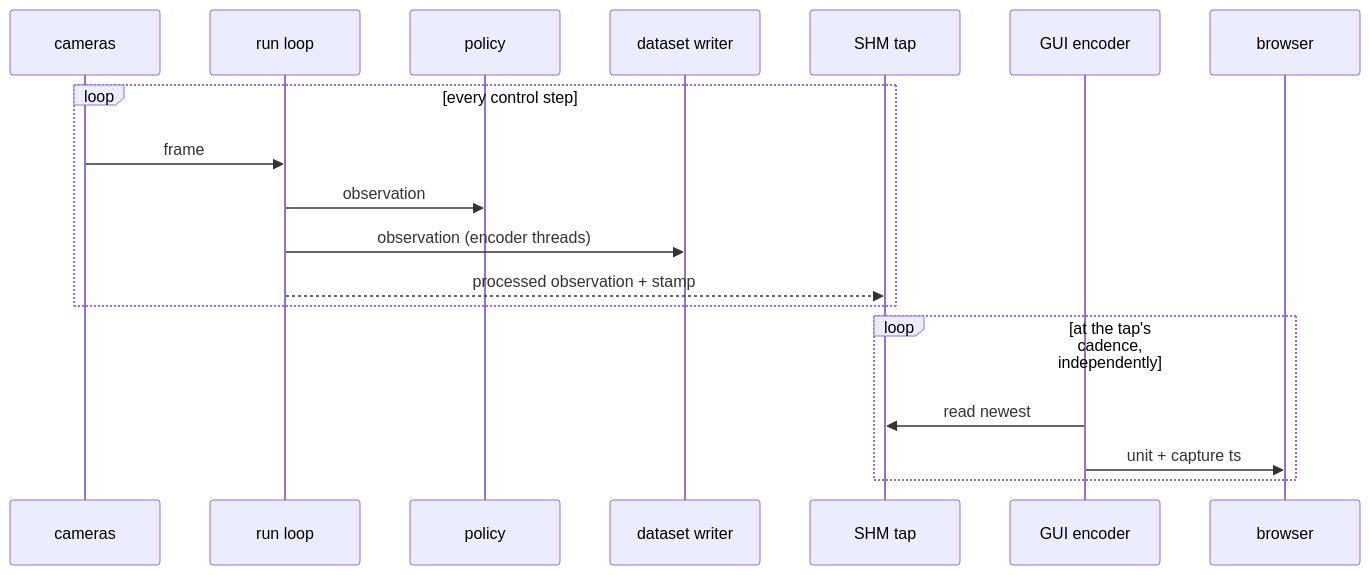
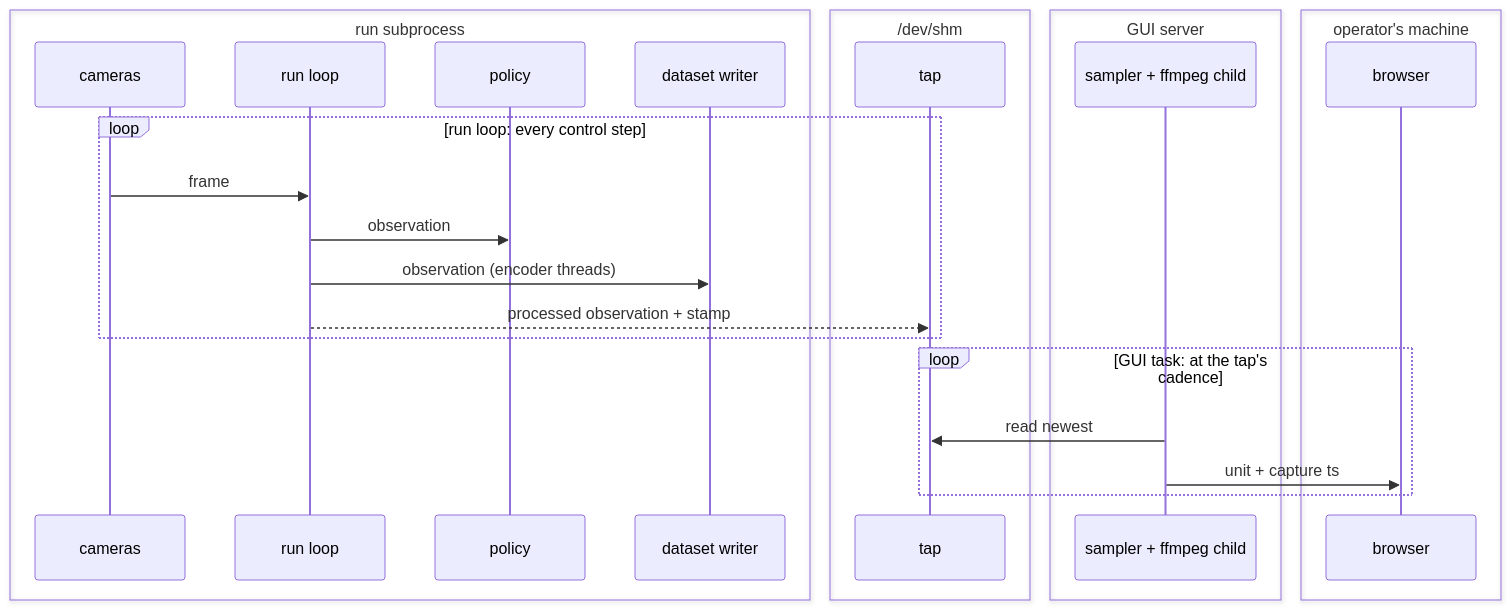
Before and after one commit to TheWisp/lerobot: the third of 9 diagrams in src/lerobot/gui/docs/camera_video_transport.md, drawn with Mermaid. The commit also changed other lines of this file, not shown here.

````diff
--- a/src/lerobot/gui/docs/camera_video_transport.md
+++ b/src/lerobot/gui/docs/camera_video_transport.md
@@ -147,20 +291,28 @@
 ```mermaid
 sequenceDiagram
-  participant C as cameras
-  participant L as run loop
-  participant P as policy
-  participant W as dataset writer
-  participant T as SHM tap
-  participant G as GUI encoder
-  participant B as browser
-  loop every control step
+  box transparent run subprocess
+    participant C as cameras
+    participant L as run loop
+    participant P as policy
+    participant W as dataset writer
+  end
+  box transparent /dev/shm
+    participant T as tap
+  end
+  box transparent GUI server
+    participant G as sampler + ffmpeg child
+  end
+  box transparent operator's machine
+    participant B as browser
+  end
+  loop run loop: every control step
     C->>L: frame
     L->>P: observation
     L->>W: observation (encoder threads)
     L-->>T: processed observation + stamp
   end
-  loop at the tap's cadence, independently
+  loop GUI task: at the tap's cadence
     G->>T: read newest
     G->>B: unit + capture ts
   end
 ```
````
